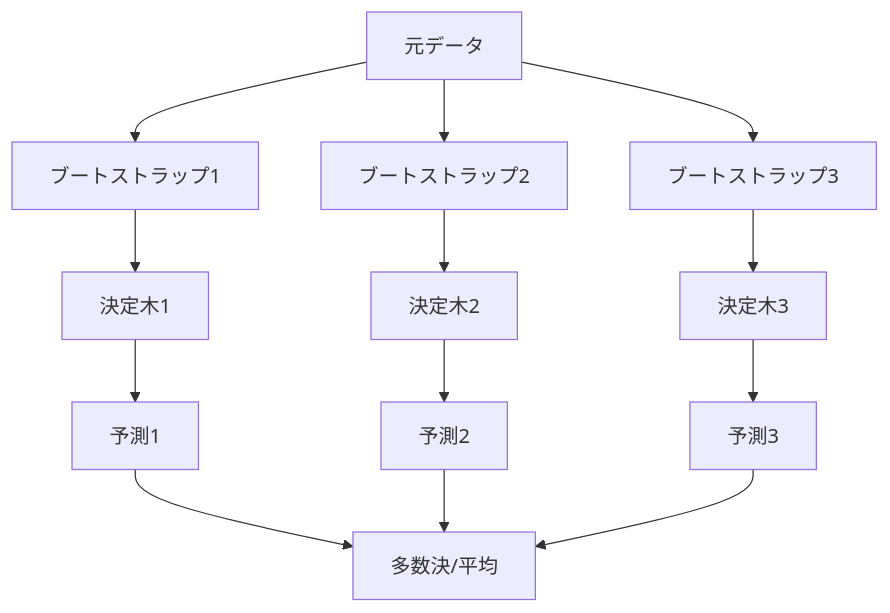
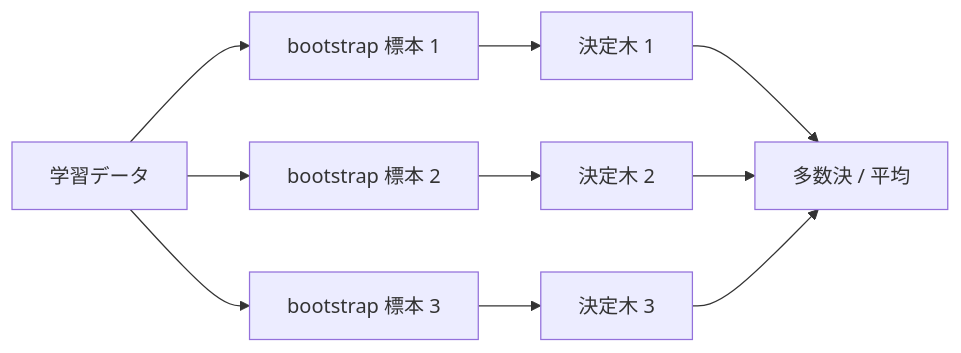
One commit to nao1215/debimate changed the diagram in projects/ml/notes/ml/random-forest/index.md. Above: the diagram before and after it, drawn with Mermaid. The commit also changed other lines of this file and 18 other files, not shown here.

````diff
--- a/projects/ml/notes/ml/random-forest/index.md
+++ b/projects/ml/notes/ml/random-forest/index.md
@@ -58,15 +24,12 @@
 ```mermaid
-graph TD
-    A[元データ] --> B[ブートストラップ1]
-    A --> C[ブートストラップ2]
-    A --> D[ブートストラップ3]
-    B --> E[決定木1]
-    C --> F[決定木2]
-    D --> G[決定木3]
-    E --> H[予測1]
-    F --> I[予測2]
-    G --> J[予測3]
-    H --> K[多数決/平均]
-    I --> K
-    J --> K
+flowchart LR
+    data[学習データ] --> sample1[bootstrap 標本 1]
+    data --> sample2[bootstrap 標本 2]
+    data --> sample3[bootstrap 標本 3]
+    sample1 --> tree1[決定木 1]
+    sample2 --> tree2[決定木 2]
+    sample3 --> tree3[決定木 3]
+    tree1 --> vote[多数決 / 平均]
+    tree2 --> vote
+    tree3 --> vote
 ```
````
